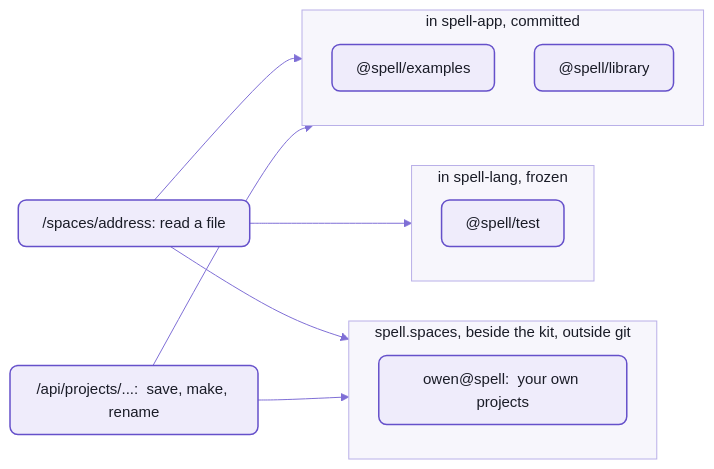
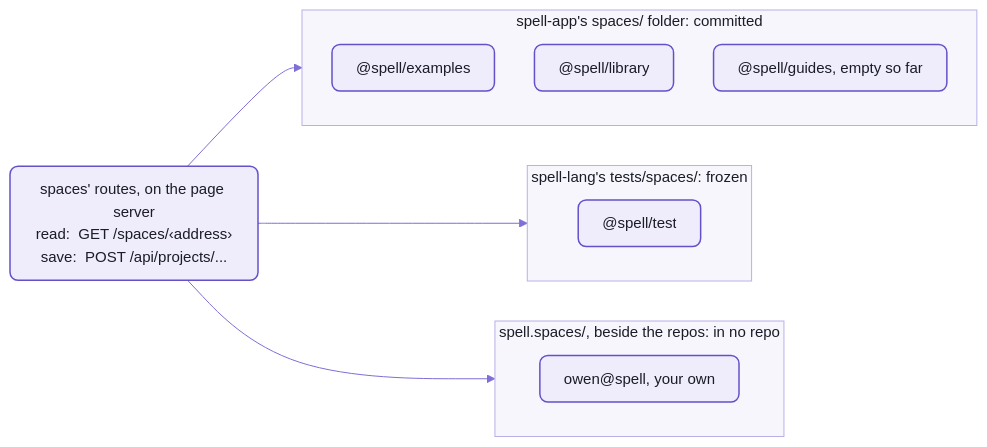
The first of 2 diagrams in app/README-spaces.md (spell-app/spell), drawn with Mermaid before and after one commit. The commit also changed other lines of this file and 8 other files, not shown here.

Commit message:
readme P11:  Voice Rewrite -- spell-app's six pages in the chosen voice;  the examples table's generator writes Spell capitalised

````diff
--- a/app/README-spaces.md
+++ b/app/README-spaces.md
@@ -16,21 +37,21 @@
 ```mermaid
 %%{init: {"theme":"base","themeVariables":{"fontFamily":"-apple-system, BlinkMacSystemFont, Segoe UI, Helvetica, Arial, sans-serif","fontSize":"15px","primaryColor":"#EFECFB","primaryBorderColor":"#6550CA","primaryTextColor":"#1A1C27","secondaryColor":"#F4F1E9","tertiaryColor":"#F7F6FC","lineColor":"#7F6FD6","textColor":"#7F6FD6","clusterBkg":"#F7F6FC","clusterBorder":"#B9B0E8","titleColor":"#1A1C27","edgeLabelBackground":"#F7F6FC","actorBkg":"#EFECFB","actorBorder":"#6550CA","actorTextColor":"#1A1C27","actorLineColor":"#9C90DE","signalColor":"#7F6FD6","signalTextColor":"#7F6FD6","labelBoxBkgColor":"#EFECFB","labelBoxBorderColor":"#6550CA","labelTextColor":"#1A1C27","loopTextColor":"#7F6FD6","noteBkgColor":"#F1E7D4","noteBorderColor":"#C9B48A","noteTextColor":"#1A1C27","activationBkgColor":"#DCD6F7","activationBorderColor":"#6550CA","sequenceNumberColor":"#FFFFFF"},"flowchart":{"curve":"basis","padding":12,"nodeSpacing":40,"rankSpacing":44}}}%%
 flowchart LR
-  subgraph repo["in spell-app, committed"]
+  server["spaces' routes, on the page server<br/>read:  GET /spaces/‹address›<br/>save:  POST /api/projects/..."]
+  subgraph app["spell-app's spaces/ folder:  committed"]
     examples["@spell/examples"]
     library["@spell/library"]
+    guides["@spell/guides, empty so far"]
   end
-  subgraph lang["in spell-lang, frozen"]
+  subgraph lang["spell-lang's tests/spaces/:  frozen"]
     tests["@spell/test"]
   end
-  subgraph yours["spell.spaces, beside the kit, outside git"]
-    own["owen@spell:  your own projects"]
+  subgraph yours["spell.spaces/, beside the repos:  in no repo"]
+    own["owen@spell, your own"]
   end
-  read["/spaces/address:  read a file"] --> repo
-  read --> lang
-  read --> yours
-  write["/api/projects/...:  save, make, rename"] --> repo
-  write --> yours
+  server --> app
+  server --> lang
+  server --> yours
   %% the Spell look:  yarn mermaid:pretty
   classDef default fill:#EFECFB,stroke:#6550CA,stroke-width:1.5px,color:#1A1C27,rx:8px,ry:8px
 ```
````
